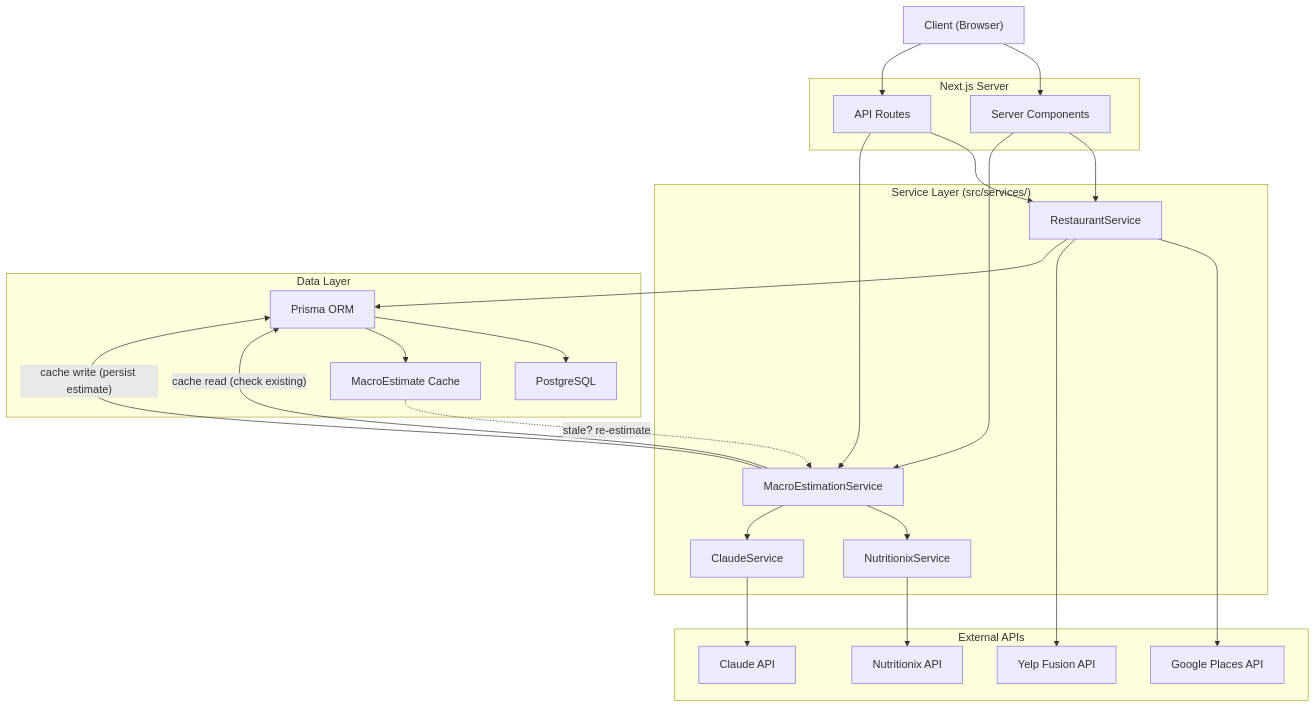
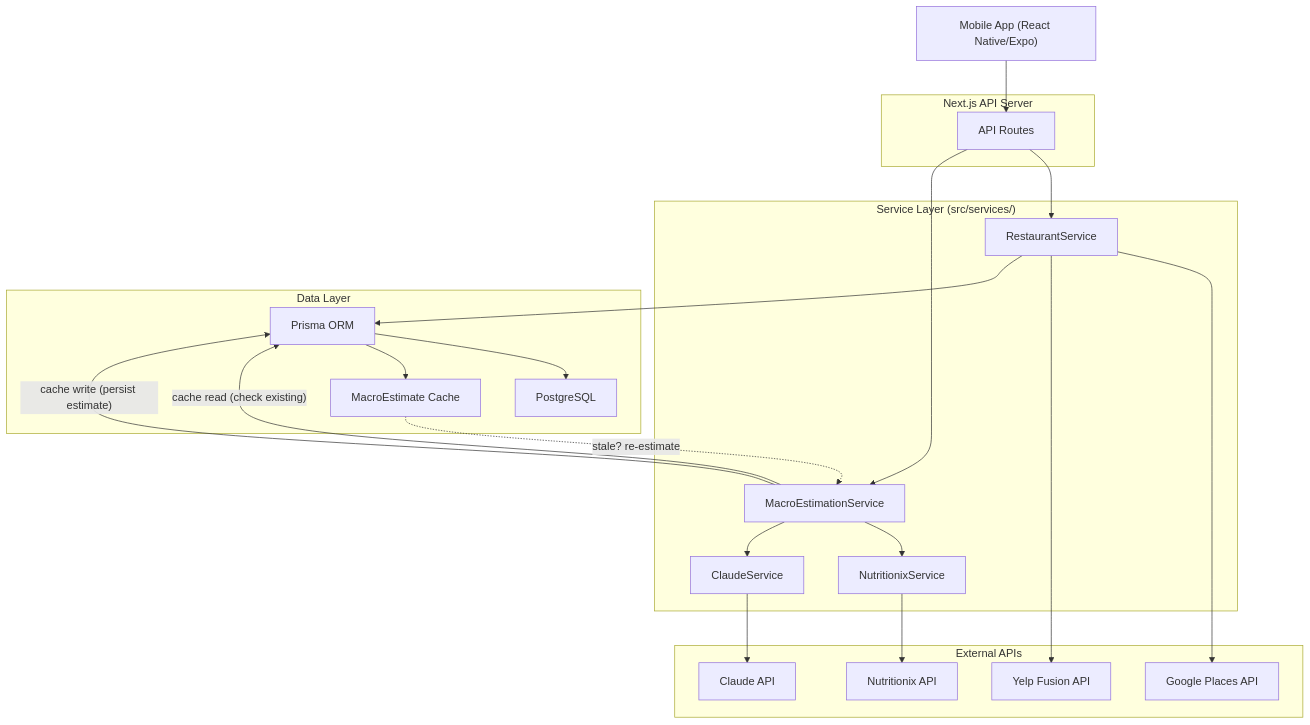
The first of 3 diagrams in docs/engineering/backend/system-design.md (dgmolla/fitsy), drawn with Mermaid before and after one commit. The commit also changed other lines of this file and 6 other files, not shown here.

First line of the commit message:
Switch stack to React Native (Expo) + Next.js API backend

````diff
--- a/docs/engineering/backend/system-design.md
+++ b/docs/engineering/backend/system-design.md
@@ -16,52 +16,48 @@
 ```mermaid
 graph TD
-    Client["Client (Browser)"]
+    Client["Mobile App (React Native/Expo)"]
 
-    subgraph "Next.js Server"
-        SC["Server Components"]
+    subgraph "Next.js API Server"
         API["API Routes"]
     end
 
     subgraph "Service Layer (src/services/)"
         RS["RestaurantService"]
         MS["MacroEstimationService"]
         NS["NutritionixService"]
         CS["ClaudeService"]
     end
 
     subgraph "External APIs"
         GP["Google Places API"]
         NX["Nutritionix API"]
         CL["Claude API"]
         YP["Yelp Fusion API"]
     end
 
     subgraph "Data Layer"
         Prisma["Prisma ORM"]
         PG["PostgreSQL"]
         MC["MacroEstimate Cache"]
     end
 
-    Client --> SC
     Client --> API
-    SC --> RS
-    SC --> MS
     API --> RS
     API --> MS
 
     RS --> GP
     RS --> YP
     MS --> NS
     MS --> CS
 
     NS --> NX
     CS --> CL
 
     MS -- "cache read (check existing)" --> Prisma
     MS -- "cache write (persist estimate)" --> Prisma
     RS --> Prisma
     Prisma --> PG
     Prisma --> MC
 
     MC -. "stale? re-estimate" .-> MS
 ```
````
